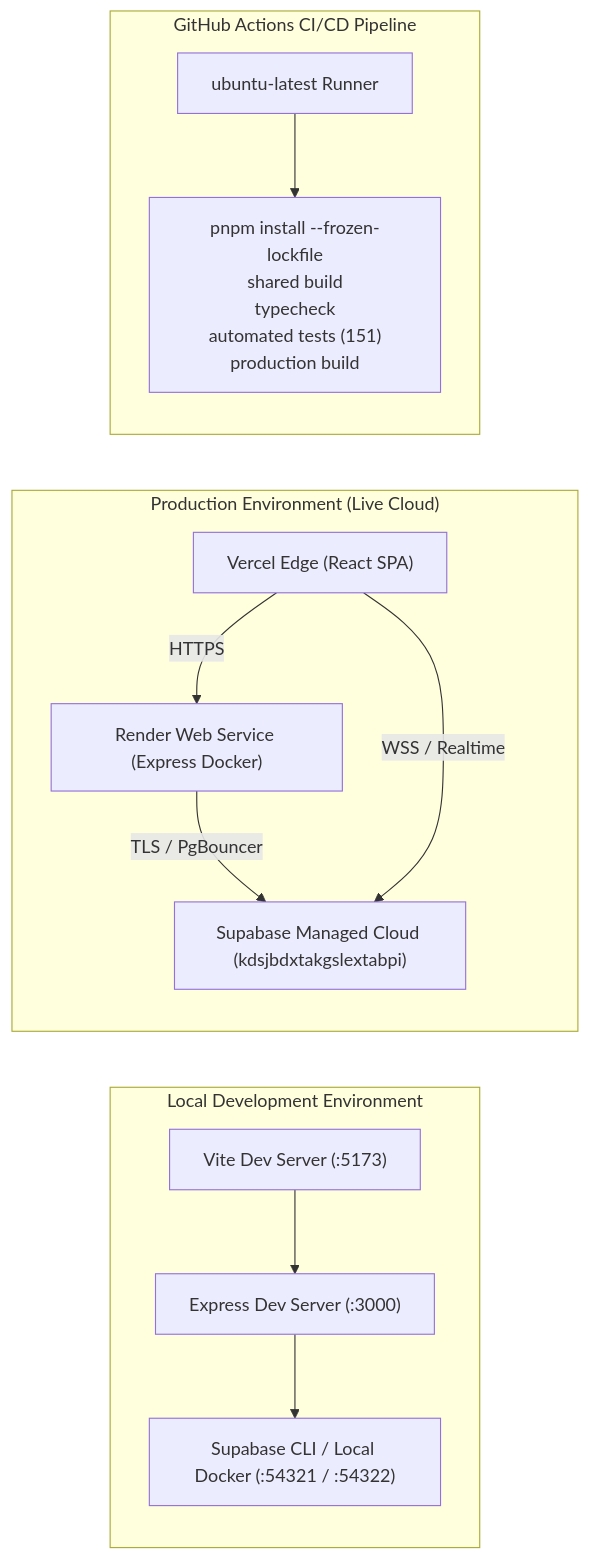
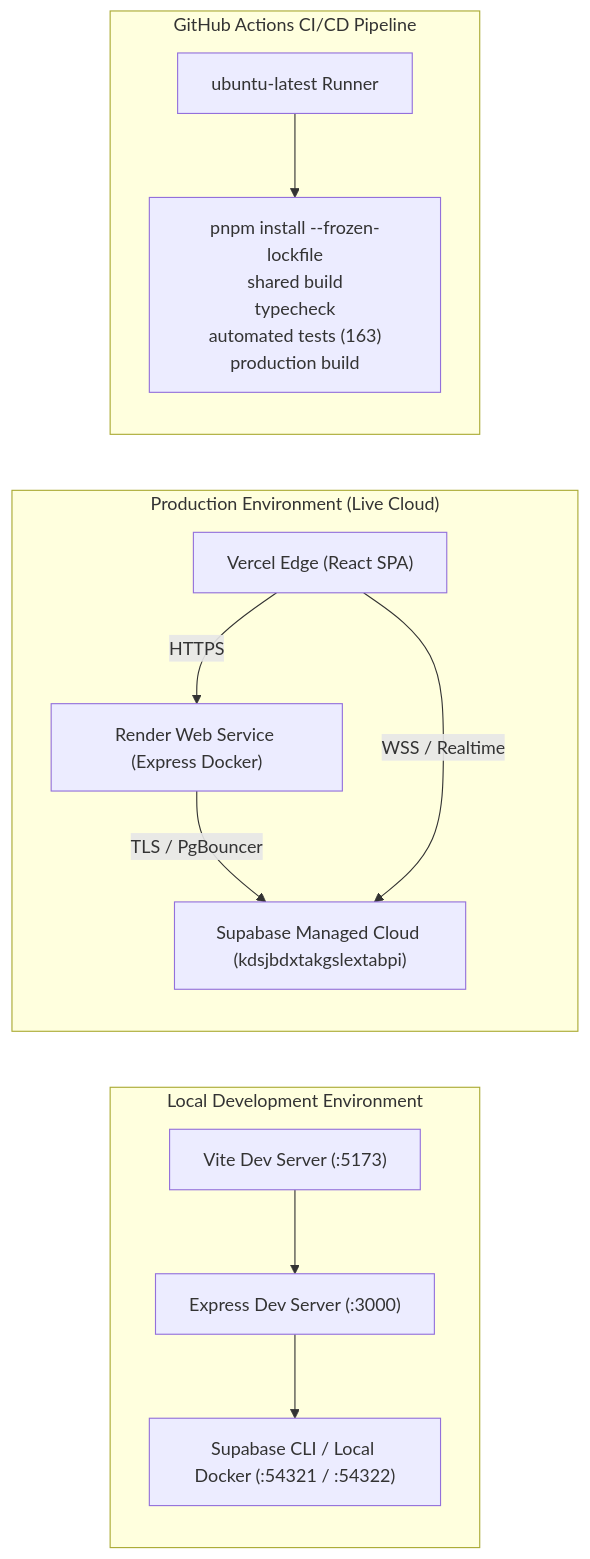
The sixth of 6 diagrams in docs/ARCHITECTURE.md (gsiddharthrao/ComplaintEase), drawn with Mermaid before and after one commit. The commit also changed 10 other files, not shown here.

````diff
--- a/docs/ARCHITECTURE.md
+++ b/docs/ARCHITECTURE.md
@@ -239,25 +239,25 @@
 ```mermaid
 flowchart LR
     subgraph LocalEnv["Local Development Environment"]
         DevWeb["Vite Dev Server (:5173)"]
         DevAPI["Express Dev Server (:3000)"]
         LocalSupabase["Supabase CLI / Local Docker (:54321 / :54322)"]
         DevWeb --> DevAPI
         DevAPI --> LocalSupabase
     end
 
     subgraph ProdEnv["Production Environment (Live Cloud)"]
         VercelProd["Vercel Edge (React SPA)"]
         RenderProd["Render Web Service (Express Docker)"]
         SupabaseProd["Supabase Managed Cloud (kdsjbdxtakgslextabpi)"]
         VercelProd -->|HTTPS| RenderProd
         RenderProd -->|TLS / PgBouncer| SupabaseProd
         VercelProd -->|WSS / Realtime| SupabaseProd
     end
 
     subgraph CI["GitHub Actions CI/CD Pipeline"]
         Runner["ubuntu-latest Runner"]
-        Steps["pnpm install --frozen-lockfile<br>shared build<br>typecheck<br>automated tests (151)<br>production build"]
+        Steps["pnpm install --frozen-lockfile<br>shared build<br>typecheck<br>automated tests (163)<br>production build"]
         Runner --> Steps
     end
 ```
````
